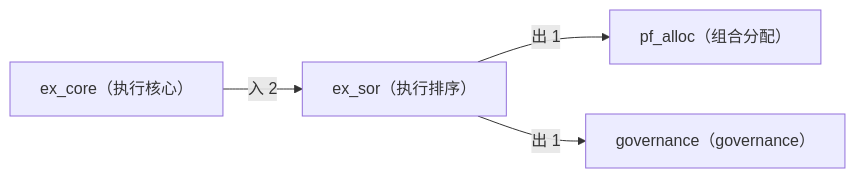
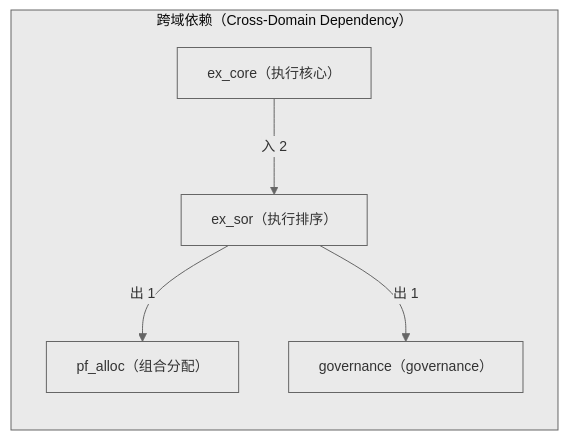
Before and after one commit to xuanFelixVan/ZephyrAlpha: the second of 2 diagrams in docs/02_enterprise_architecture/06_decision_architecture/15_decision_l3_ex_sor.md, drawn with Mermaid. The commit also changed other lines of this file and 23 other files, not shown here.

First line of the commit message:
fix(decision-diagram): mermaid 图加 subgraph 容器 + clusterBkg 主题变量

````diff
--- a/docs/02_enterprise_architecture/06_decision_architecture/15_decision_l3_ex_sor.md
+++ b/docs/02_enterprise_architecture/06_decision_architecture/15_decision_l3_ex_sor.md
@@ -91,10 +92,13 @@
 ```mermaid
+%%{init: {'theme': 'base', 'themeVariables': {'primaryColor': '#eaeaea', 'primaryTextColor': '#333333', 'primaryBorderColor': '#666666', 'lineColor': '#666666', 'clusterBkg': '#eaeaea', 'clusterBorder': '#666666', 'fontSize': '14px'}}}%%
 flowchart LR
-    SELF["ex_sor（执行排序）"]
-    EXT_pf_alloc["pf_alloc（组合分配）"]
-    SELF -->|出 1| EXT_pf_alloc
-    EXT_governance["governance（governance）"]
-    SELF -->|出 1| EXT_governance
-    EXT_ex_core["ex_core（执行核心）"]
-    EXT_ex_core -->|入 2| SELF
+    subgraph cd_sg["跨域依赖（Cross-Domain Dependency）"]
+        SELF["ex_sor（执行排序）"]
+        EXT_pf_alloc["pf_alloc（组合分配）"]
+        SELF -->|出 1| EXT_pf_alloc
+        EXT_governance["governance（governance）"]
+        SELF -->|出 1| EXT_governance
+        EXT_ex_core["ex_core（执行核心）"]
+        EXT_ex_core -->|入 2| SELF
+    end
 ```
````
